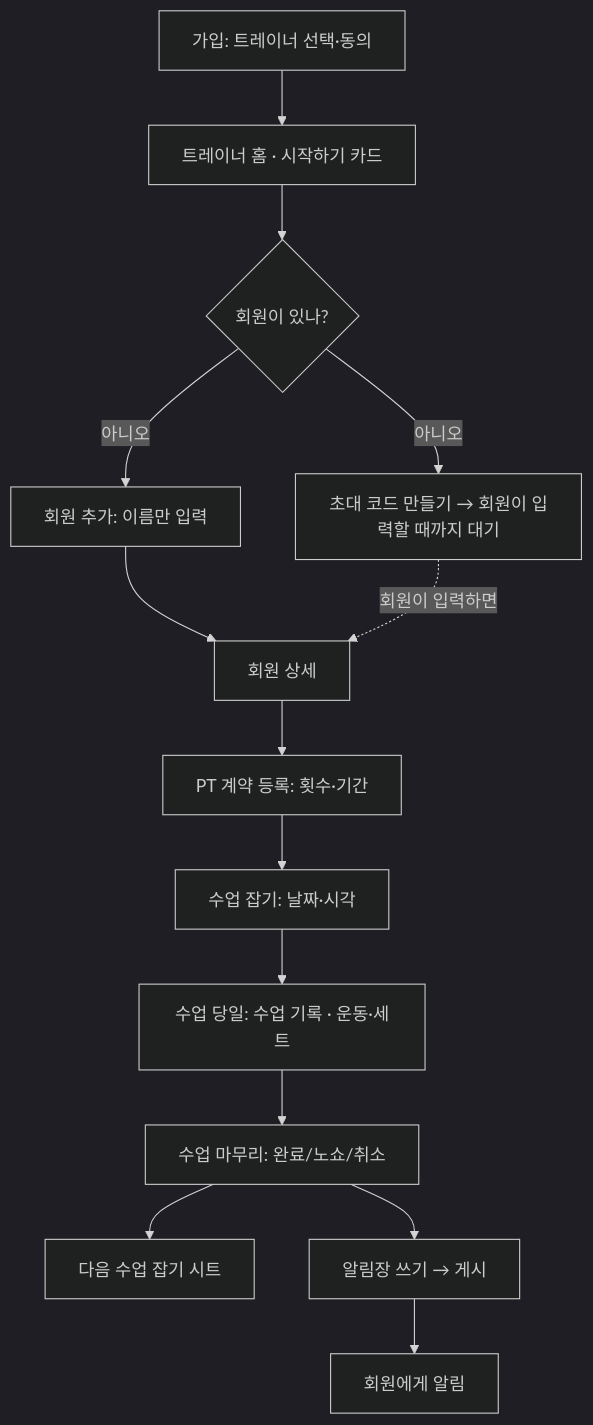
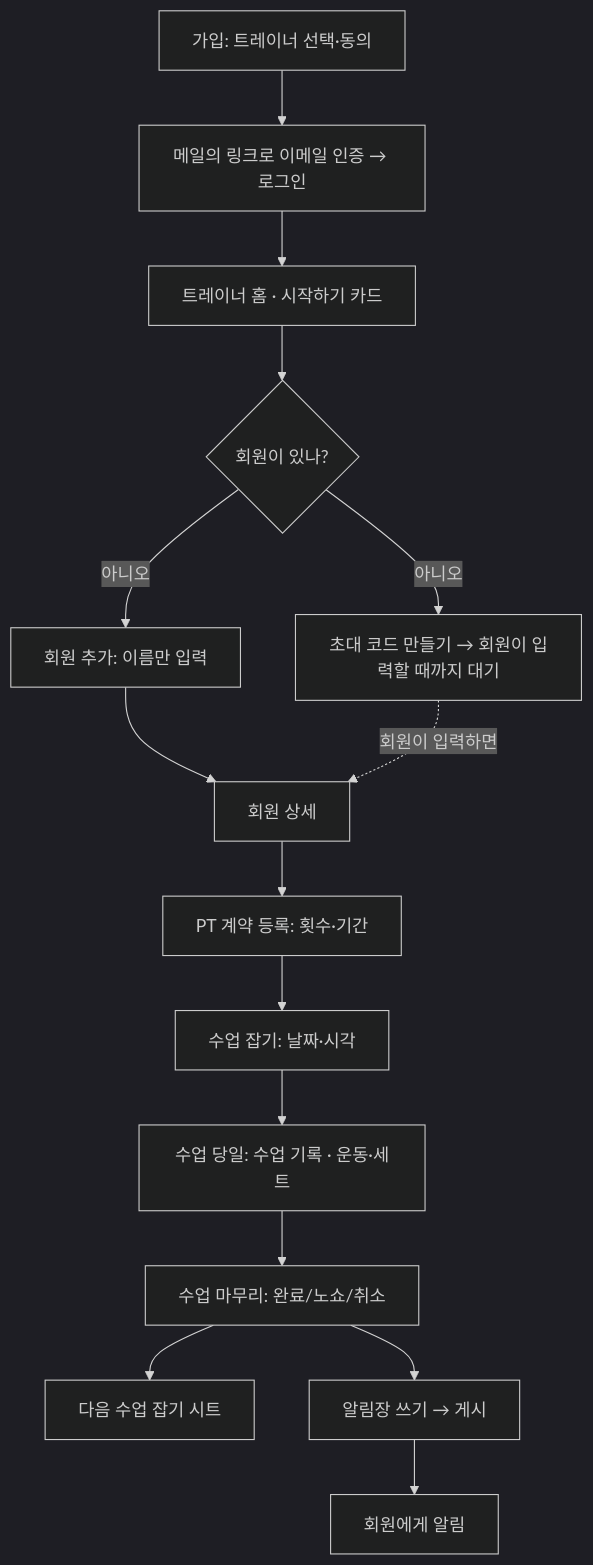
Before and after one commit to sudong1004/fitnote: the first of 7 diagrams in docs/spec/03-screens-and-flows.md, drawn with Mermaid (dark theme). The commit also changed other lines of this file and 41 other files, not shown here.

First line of the commit message:
가입 이메일 인증: 메일의 링크로 인증해야 로그인, 이어받기는 인증 뒤 완료

````diff
--- a/docs/spec/03-screens-and-flows.md
+++ b/docs/spec/03-screens-and-flows.md
@@ -105,16 +107,17 @@
 ```mermaid
 flowchart TD
-  A[가입: 트레이너 선택·동의] --> B[트레이너 홈 · 시작하기 카드]
+  A[가입: 트레이너 선택·동의] --> A2[메일의 링크로 이메일 인증 → 로그인]
+  A2 --> B[트레이너 홈 · 시작하기 카드]
   B --> C{회원이 있나?}
   C -- 아니오 --> D[회원 추가: 이름만 입력]
   C -- 아니오 --> D2[초대 코드 만들기 → 회원이 입력할 때까지 대기]
   D --> E[회원 상세]
   D2 -.회원이 입력하면.-> E
   E --> F[PT 계약 등록: 횟수·기간]
   F --> G[수업 잡기: 날짜·시각]
   G --> H[수업 당일: 수업 기록 · 운동·세트]
   H --> I[수업 마무리: 완료/노쇼/취소]
   I --> J[다음 수업 잡기 시트]
   I --> K[알림장 쓰기 → 게시]
   K --> L[회원에게 알림]
 ```
````
